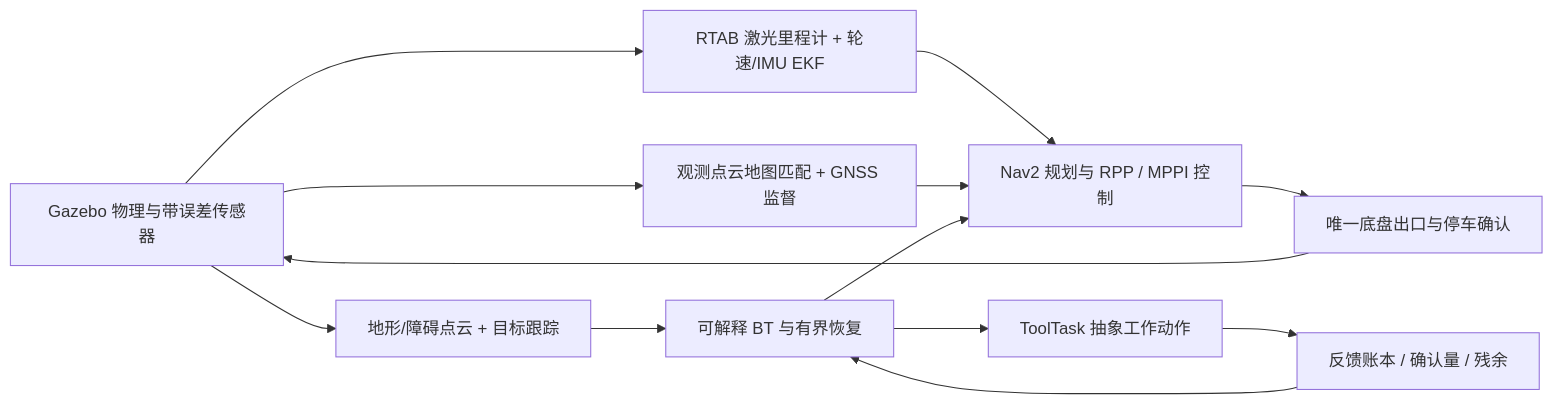
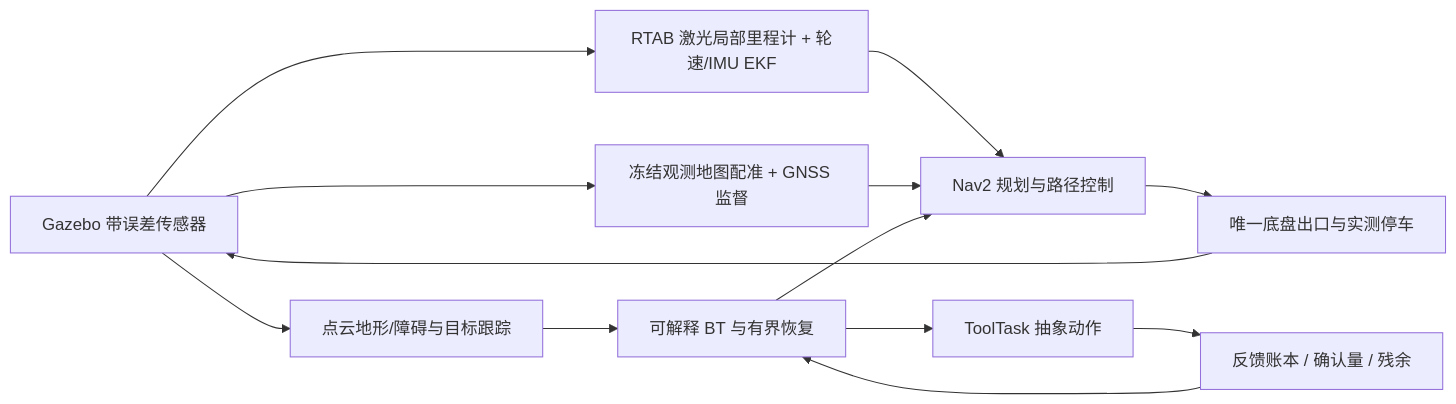
Before and after one commit to caihao1B/ROS2_BT-: the diagram in README.md, drawn with Mermaid. The commit also changed other lines of this file and 746 other files, not shown here.

````diff
--- a/README.md
+++ b/README.md
@@ -21,15 +19,15 @@
 ```mermaid
 flowchart LR
-  SIM[Gazebo 物理与带误差传感器] --> ODOM[RTAB 激光里程计 + 轮速/IMU EKF]
-  SIM --> MAP[观测点云地图匹配 + GNSS 监督]
-  SIM --> PER[地形/障碍点云 + 目标跟踪]
-  ODOM --> NAV[Nav2 规划与 RPP / MPPI 控制]
-  MAP --> NAV
-  PER --> BT[可解释 BT 与有界恢复]
-  BT --> NAV
-  NAV --> GATE[唯一底盘出口与停车确认]
-  GATE --> SIM
-  BT --> TOOL[ToolTask 抽象工作动作]
-  TOOL --> LEDGER[反馈账本 / 确认量 / 残余]
-  LEDGER --> BT
+  G[Gazebo 带误差传感器] --> L[RTAB 激光局部里程计 + 轮速/IMU EKF]
+  G --> P[点云地形/障碍与目标跟踪]
+  G --> M[冻结观测地图配准 + GNSS 监督]
+  L --> N[Nav2 规划与路径控制]
+  M --> N
+  P --> B[可解释 BT 与有界恢复]
+  B --> N
+  N --> A[唯一底盘出口与实测停车]
+  A --> G
+  B --> T[ToolTask 抽象动作]
+  T --> F[反馈账本 / 确认量 / 残余]
+  F --> B
 ```
````
